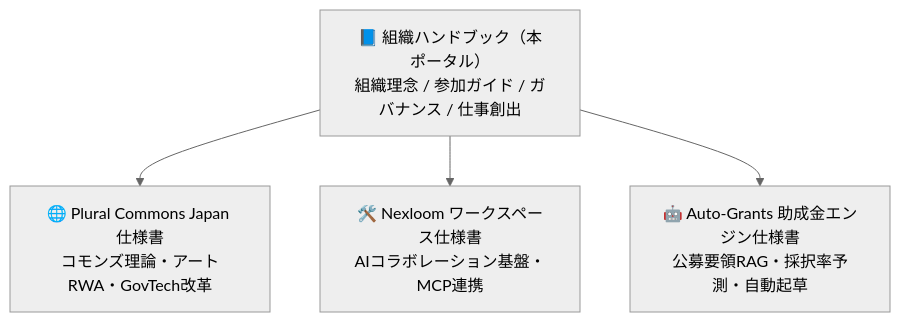
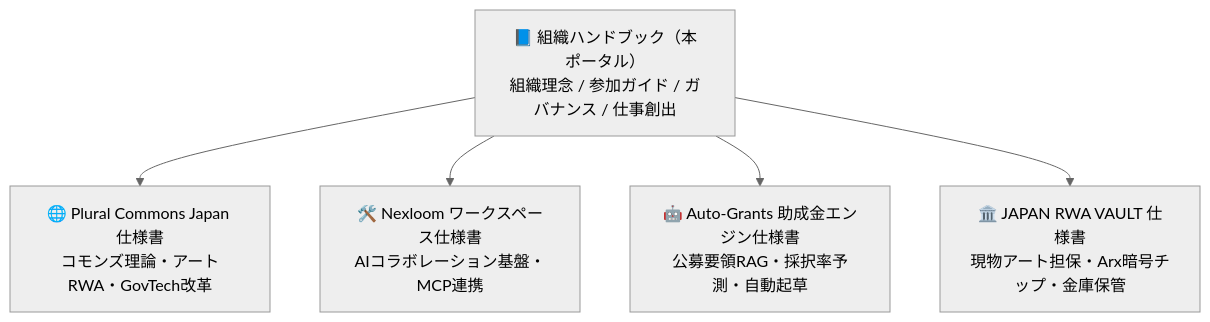
The diagram in projects/index.mdx (t012093/open-coral-handbook), drawn with Mermaid (neutral theme) before and after one commit. The commit also changed other lines of this file and 7 other files, not shown here.

Commit message:
docs: enhance events, marketing matrix, and points roadmap based on review

````diff
--- a/projects/index.mdx
+++ b/projects/index.mdx
@@ -36,8 +52,9 @@
 ```mermaid
 flowchart TD
     HB["📘 組織ハンドブック（本ポータル）<br/>組織理念 / 参加ガイド / ガバナンス / 仕事創出"]
     
     HB --> P1["🌐 Plural Commons Japan 仕様書<br/>コモンズ理論・アートRWA・GovTech改革"]
     HB --> P2["🛠️ Nexloom ワークスペース仕様書<br/>AIコラボレーション基盤・MCP連携"]
     HB --> P3["🤖 Auto-Grants 助成金エンジン仕様書<br/>公募要領RAG・採択率予測・自動起草"]
+    HB --> P4["🏛️ JAPAN RWA VAULT 仕様書<br/>現物アート担保・Arx暗号チップ・金庫保管"]
 ```
````
